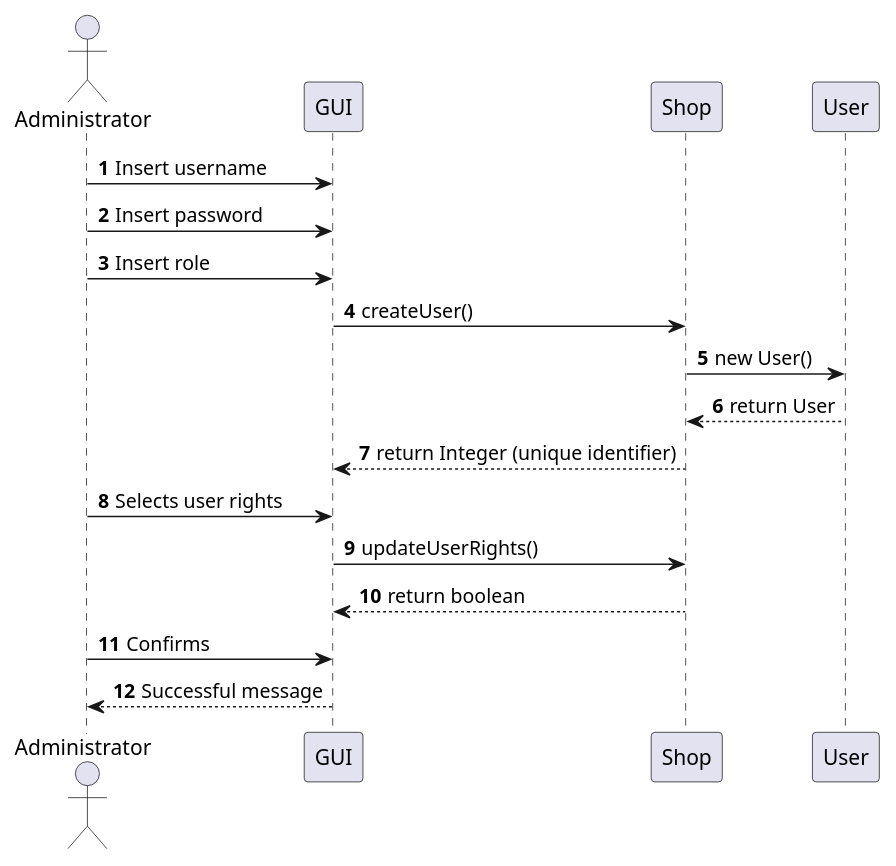
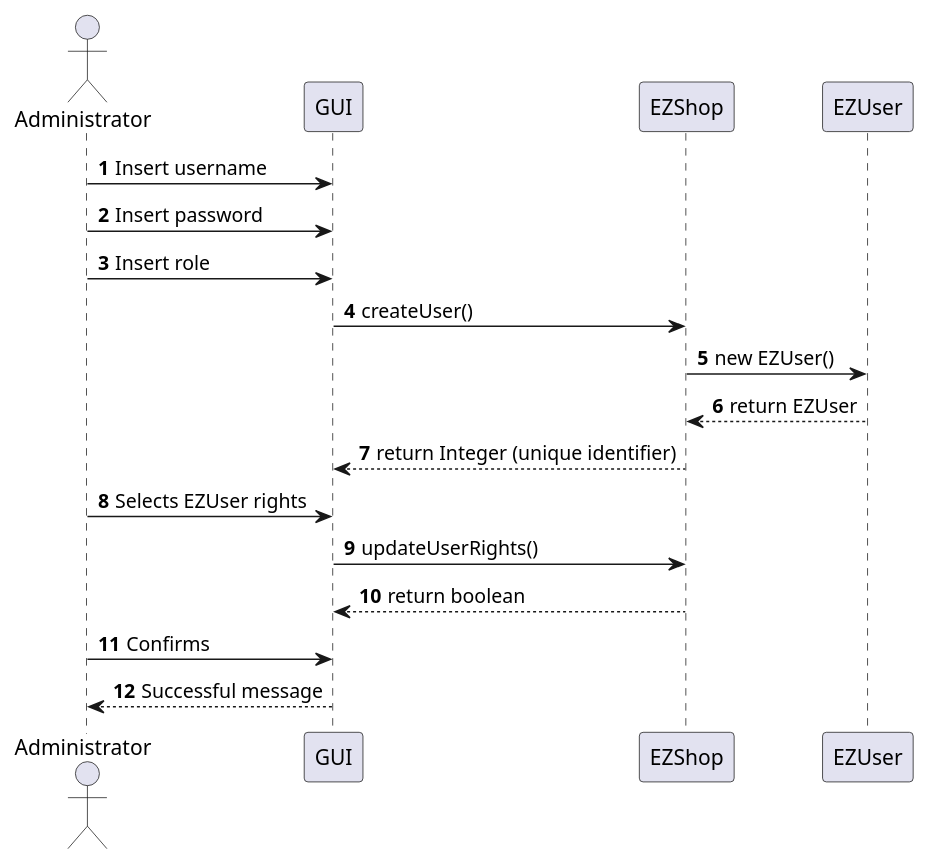
Before and after one commit to Stormz4/group20-EzShop: the seventh of 24 diagrams in Deliverables/DesignDocument.md, drawn with PlantUML. The commit also changed other lines of this file and 3 other files, not shown here.

````diff
--- a/Deliverables/DesignDocument.md
+++ b/Deliverables/DesignDocument.md
@@ -456,18 +453,18 @@
 ```plantuml
 @startuml
 Actor Administrator
 autonumber
 Administrator -> GUI: Insert username
 Administrator -> GUI: Insert password
 Administrator -> GUI: Insert role
-GUI -> Shop: createUser()
-Shop -> User: new User()
-User --> Shop: return User
-Shop --> GUI: return Integer (unique identifier)
-Administrator -> GUI: Selects user rights
-GUI -> Shop: updateUserRights()
-Shop --> GUI: return boolean
+GUI -> EZShop: createUser()
+EZShop -> EZUser: new EZUser()
+EZUser --> EZShop: return EZUser
+EZShop --> GUI: return Integer (unique identifier)
+Administrator -> GUI: Selects EZUser rights
+GUI -> EZShop: updateUserRights()
+EZShop --> GUI: return boolean
 Administrator -> GUI: Confirms
 GUI --> Administrator: Successful message
 @enduml
 ```
````
